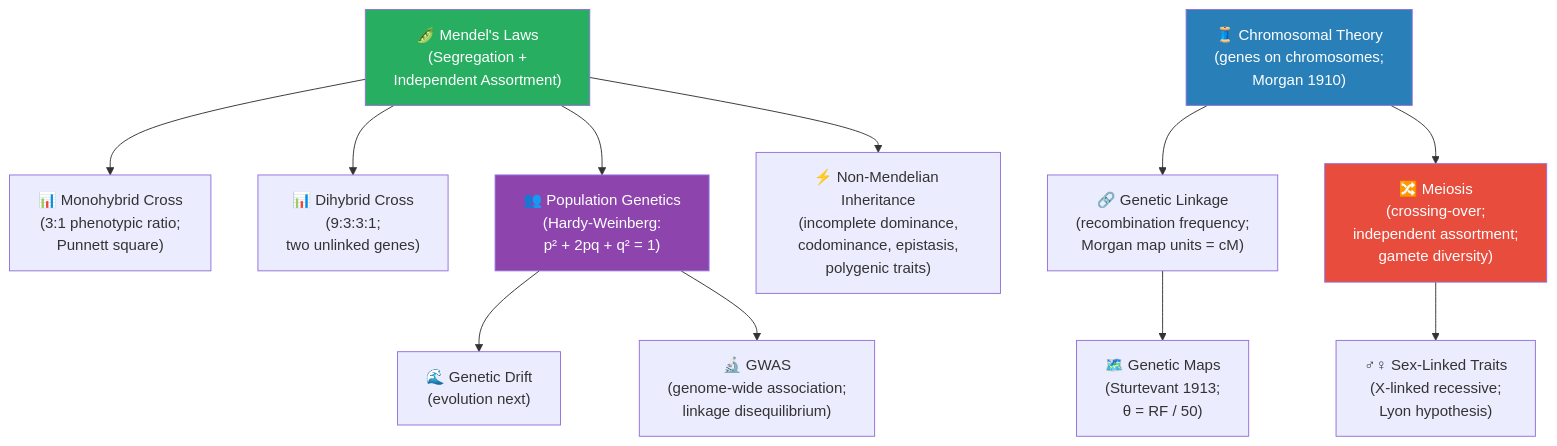
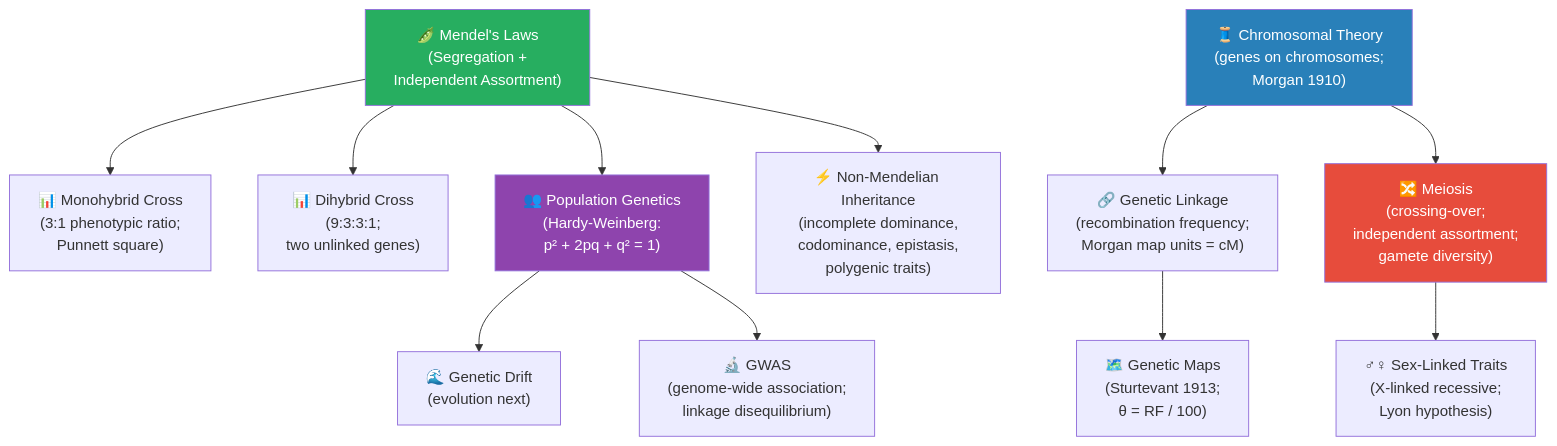
One commit to docxology/biology_textbook changed the diagram in docs/manuscript/unit_V/unit_intro.md. Above: the diagram before and after it, drawn with Mermaid. The commit also changed other lines of this file and 444 other files, not shown here.

````diff
--- a/docs/manuscript/unit_V/unit_intro.md
+++ b/docs/manuscript/unit_V/unit_intro.md
@@ -46,23 +46,23 @@
 ```mermaid
 graph TD
     MEND["🫛 Mendel's Laws<br/>(Segregation +<br/>Independent Assortment)"] --> MONO["📊 Monohybrid Cross<br/>(3:1 phenotypic ratio;<br/>Punnett square)"]
     MEND --> DI["📊 Dihybrid Cross<br/>(9:3:3:1;<br/>two unlinked genes)"]
 
     CHROM["🧵 Chromosomal Theory<br/>(genes on chromosomes;<br/>Morgan 1910)"] --> LINK["🔗 Genetic Linkage<br/>(recombination frequency;<br/>Morgan map units = cM)"]
-    LINK --> MAP["🗺️ Genetic Maps<br/>(Sturtevant 1913;<br/>θ = RF / 50)"]
+    LINK --> MAP["🗺️ Genetic Maps<br/>(Sturtevant 1913;<br/>θ = RF / 100)"]
 
     MEND --> NONM["⚡ Non-Mendelian Inheritance<br/>(incomplete dominance,<br/>codominance, epistasis,<br/>polygenic traits)"]
 
     CHROM --> MEI["🔀 Meiosis<br/>(crossing-over;<br/>independent assortment;<br/>gamete diversity)"]
     MEI --> SEX["♂♀ Sex-Linked Traits<br/>(X-linked recessive;<br/>Lyon hypothesis)"]
 
     POP["👥 Population Genetics<br/>(Hardy-Weinberg:<br/>p² + 2pq + q² = 1)"] --> DRIFT["🌊 Genetic Drift<br/>(evolution next)"]
     POP --> GWAS["🔬 GWAS<br/>(genome-wide association;<br/>linkage disequilibrium)"]
 
     MEND --> POP
 
     style MEND fill:#27ae60,color:#fff
     style CHROM fill:#2980b9,color:#fff
     style POP fill:#8e44ad,color:#fff
     style MEI fill:#e74c3c,color:#fff
 ```
````
